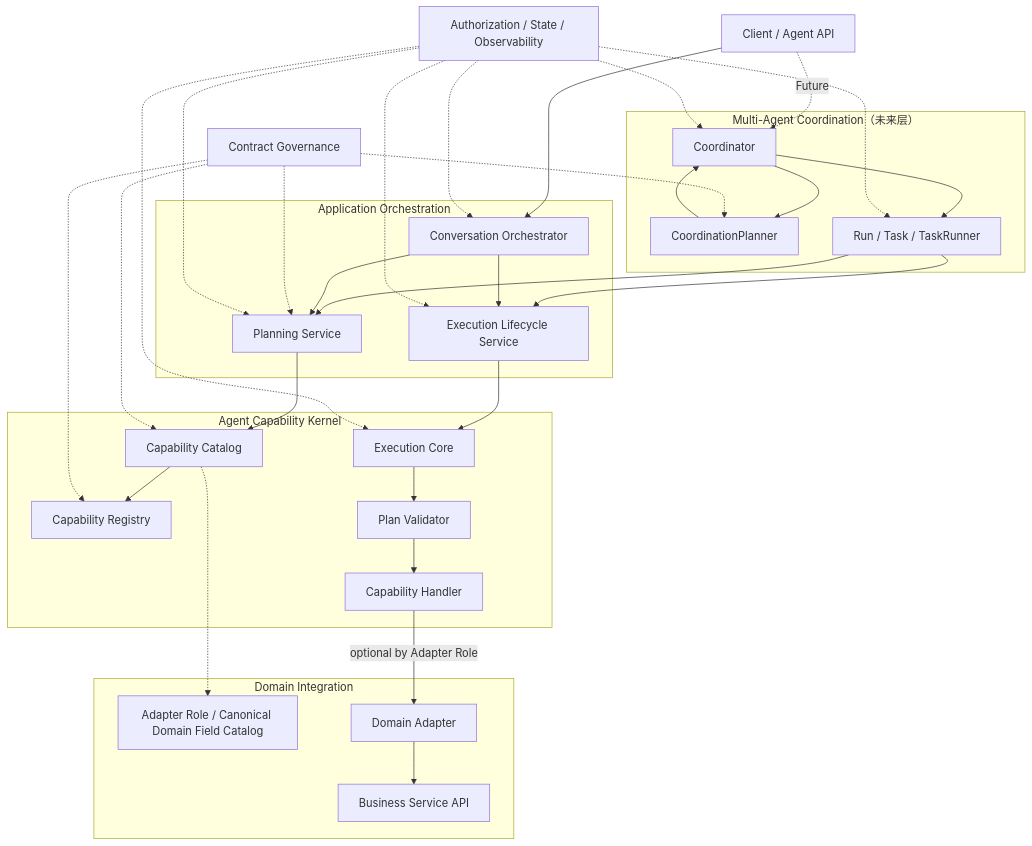
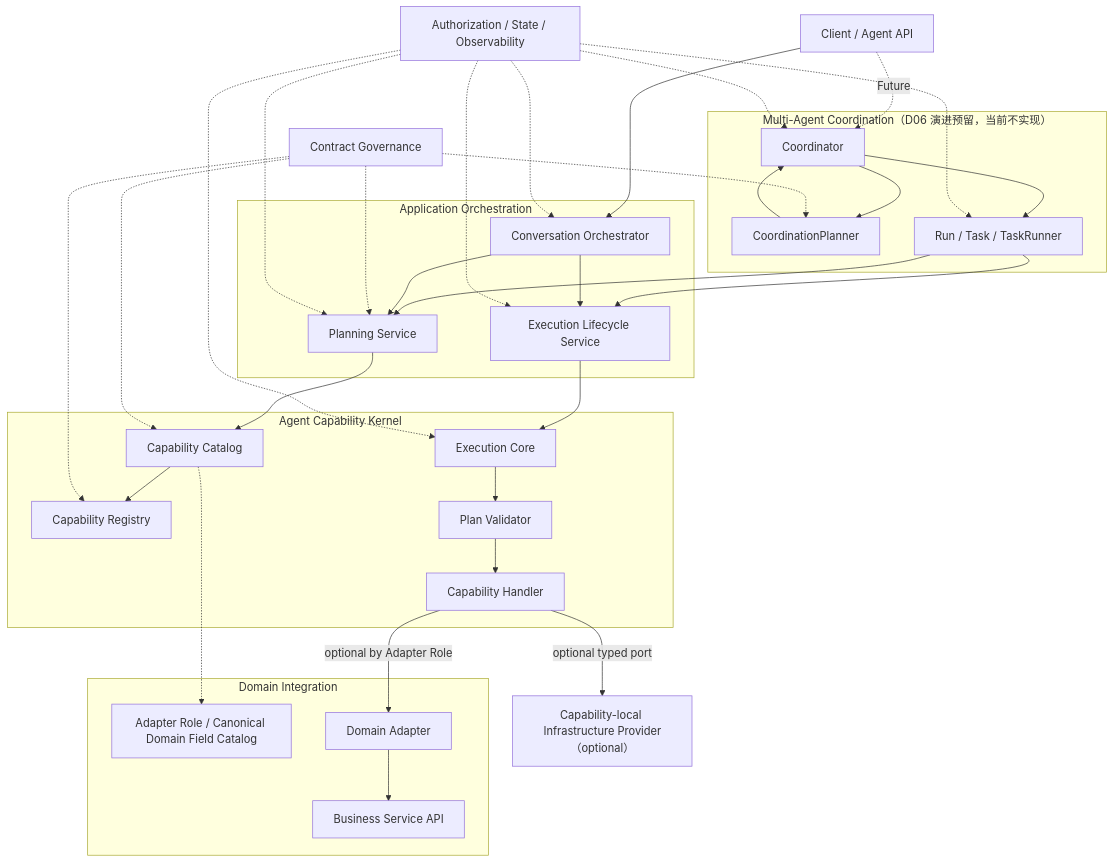
One commit to KyriosoO/springcloud-demo changed the first of 3 diagrams in docs/design/Agent目标架构总览_v1.0.md. Above: the diagram before and after it, drawn with Mermaid. The commit also changed other lines of this file and 5 other files, not shown here.

````diff
--- a/docs/design/Agent目标架构总览_v1.0.md
+++ b/docs/design/Agent目标架构总览_v1.0.md
@@ -125,62 +133,65 @@
 ```mermaid
 flowchart TB
     CLIENT["Client / Agent API"]
 
-    subgraph FUTURE["Multi-Agent Coordination（未来层）"]
+    subgraph FUTURE["Multi-Agent Coordination（D06 演进预留，当前不实现）"]
         CO["Coordinator"]
         CP["CoordinationPlanner"]
         TS["Run / Task / TaskRunner"]
     end
 
     subgraph APP["Application Orchestration"]
         ORCH["Conversation Orchestrator"]
         PLAN["Planning Service"]
         LIFE["Execution Lifecycle Service"]
     end
 
     subgraph KERNEL["Agent Capability Kernel"]
         CAT["Capability Catalog"]
         REG["Capability Registry"]
         EXEC["Execution Core"]
         VAL["Plan Validator"]
         HANDLER["Capability Handler"]
     end
 
     subgraph DOMAIN["Domain Integration"]
         META["Adapter Role / Canonical Domain Field Catalog"]
         ADAPTER["Domain Adapter"]
         BIZ["Business Service API"]
     end
 
+    INFRA["Capability-local Infrastructure Provider（optional）"]
+
     CONTRACT["Contract Governance"]
     STATE["Authorization / State / Observability"]
 
     CLIENT --> ORCH
     CLIENT -. Future .-> CO
     CO --> CP
     CP --> CO
     CO --> TS
     TS --> PLAN
     TS --> LIFE
     ORCH --> PLAN
     ORCH --> LIFE
     PLAN --> CAT
     CAT --> REG
     CAT -.-> META
     LIFE --> EXEC
     EXEC --> VAL
     VAL --> HANDLER
     HANDLER -->|"optional by Adapter Role"| ADAPTER
+    HANDLER -->|"optional typed port"| INFRA
     ADAPTER --> BIZ
 
     CONTRACT -.-> PLAN
     CONTRACT -.-> CP
     CONTRACT -.-> CAT
     CONTRACT -.-> REG
     STATE -.-> ORCH
     STATE -.-> PLAN
     STATE -.-> LIFE
     STATE -.-> EXEC
     STATE -.-> CO
     STATE -.-> TS
 ```
````
